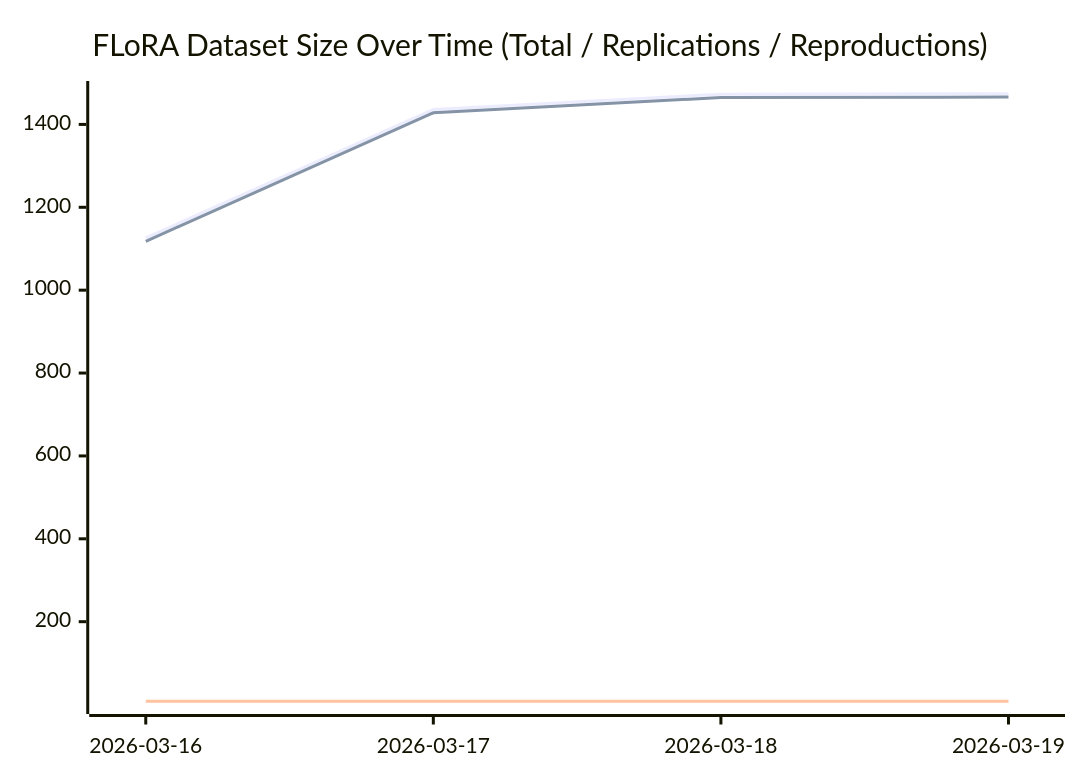
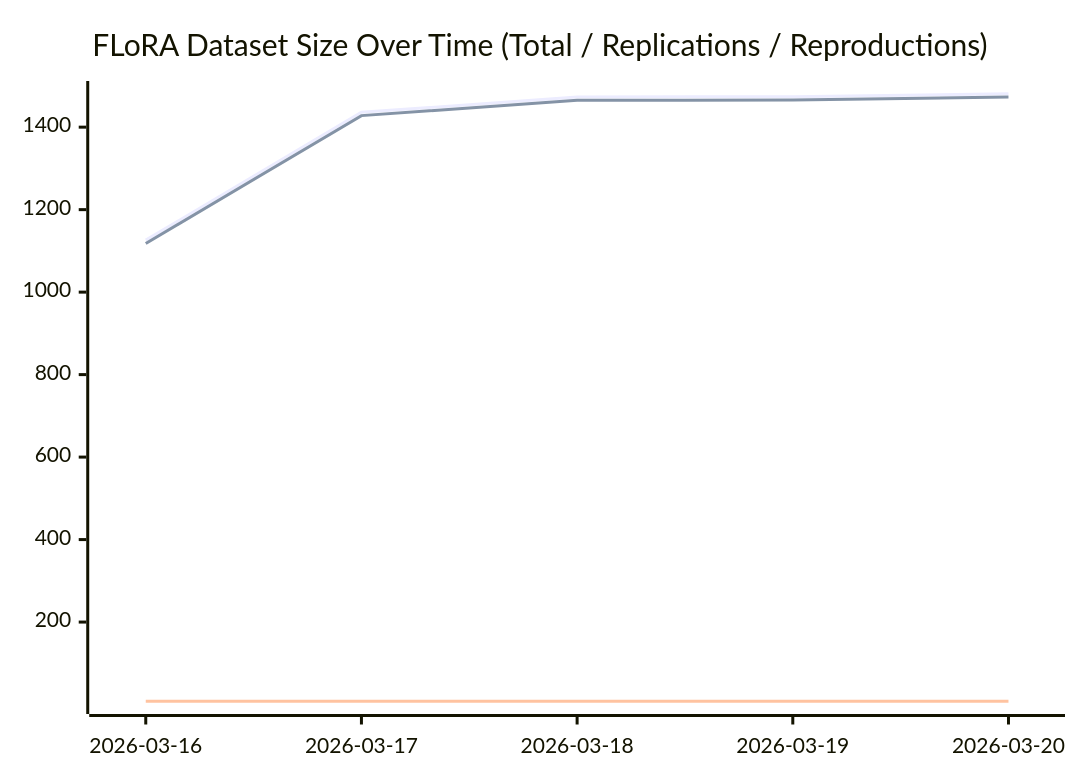
One commit to forrtproject/fred-data changed the diagram in README.md. Above: the diagram before and after it, drawn with Mermaid. The commit also changed other lines of this file, not shown here.

Commit message:
Update flora.csv [automated]

````diff
--- a/README.md
+++ b/README.md
@@ -441,8 +441,8 @@
 ```mermaid
 xychart-beta
     title "FLoRA Dataset Size Over Time (Total / Replications / Reproductions)"
-    x-axis ["2026-03-16", "2026-03-17", "2026-03-18", "2026-03-19"]
-    line [1126, 1436, 1473, 1474]
-    line [1118, 1428, 1465, 1466]
-    line [8, 8, 8, 8]
+    x-axis ["2026-03-16", "2026-03-17", "2026-03-18", "2026-03-19", "2026-03-20"]
+    line [1126, 1436, 1473, 1474, 1481]
+    line [1118, 1428, 1465, 1466, 1473]
+    line [8, 8, 8, 8, 8]
 ```
````
